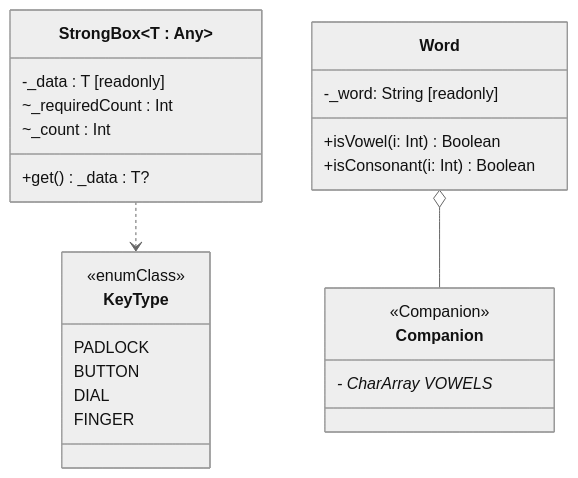
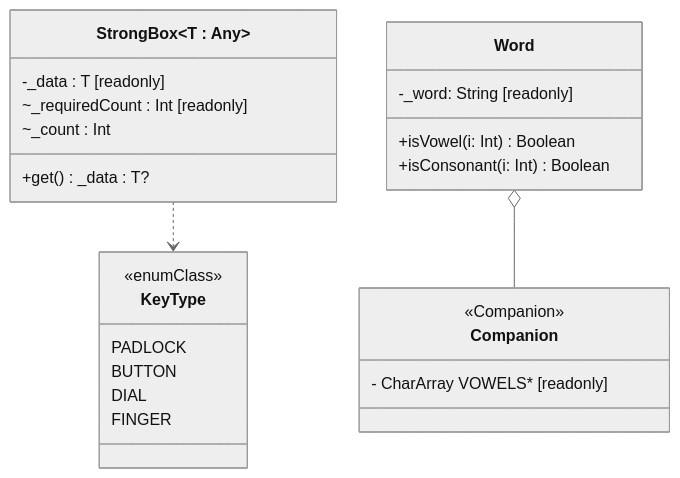
Before and after one commit to SurvivalCodingCampus/gangnam3-java-oop: the diagram in docs/UML/Day12Diagram.md, drawn with Mermaid (neutral theme).

Commit message:
docs: 다이어그램 [readonly] 누락 수정

````diff
--- a/docs/UML/Day12Diagram.md
+++ b/docs/UML/Day12Diagram.md
@@ -1,32 +1,32 @@
 ```mermaid
 classDiagram
     class KeyType {
         <<enumClass>>
         PADLOCK
         BUTTON
         DIAL
         FINGER
     }
 
     class StrongBox~T : Any~ {
         -_data : T [readonly]
-        ~_requiredCount : Int
+        ~_requiredCount : Int [readonly]
         ~_count : Int
         +get() _data : T?
     }
 
     StrongBox ..> KeyType
 
     class Word {
         -_word: String [readonly]
         +isVowel(i: Int) Boolean
         +isConsonant(i: Int) Boolean
     }
 
     class Companion {
         <<Companion>> 
-        - CharArray VOWELS*
+        - CharArray VOWELS* [readonly]
     }
 
 Word o-- Companion
 ```
````
